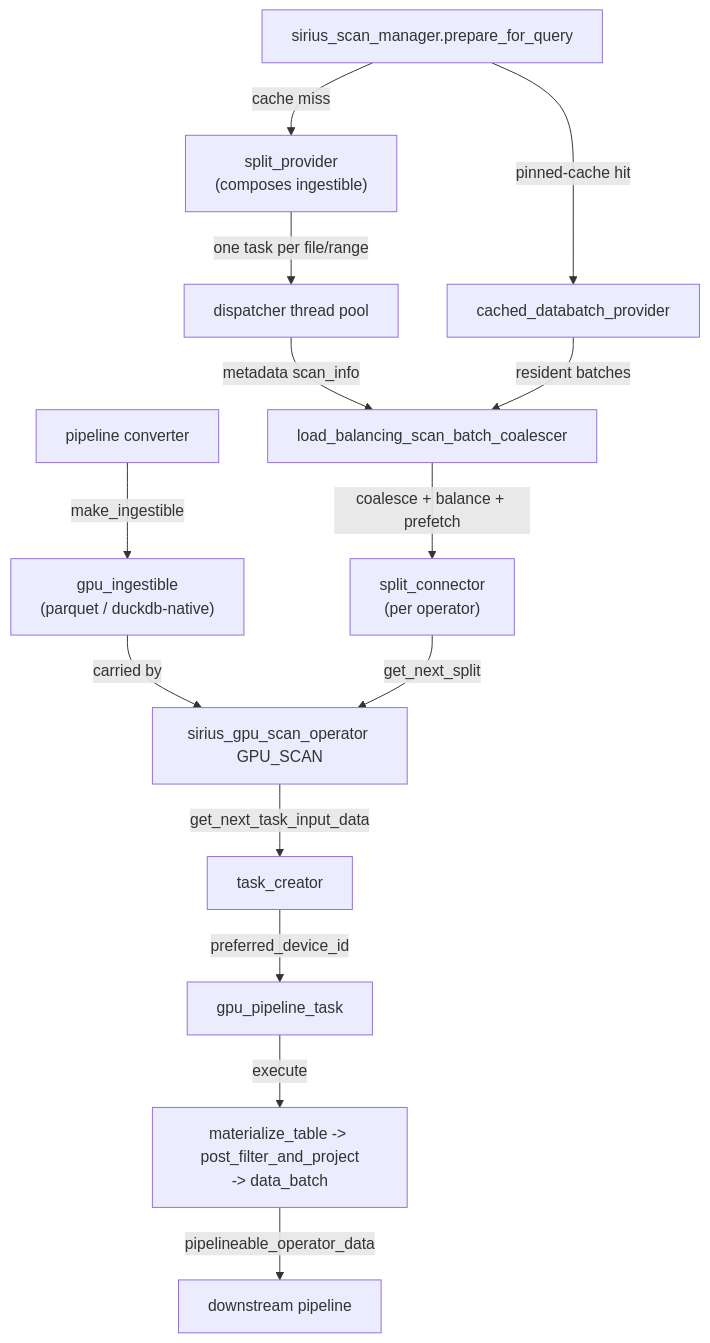
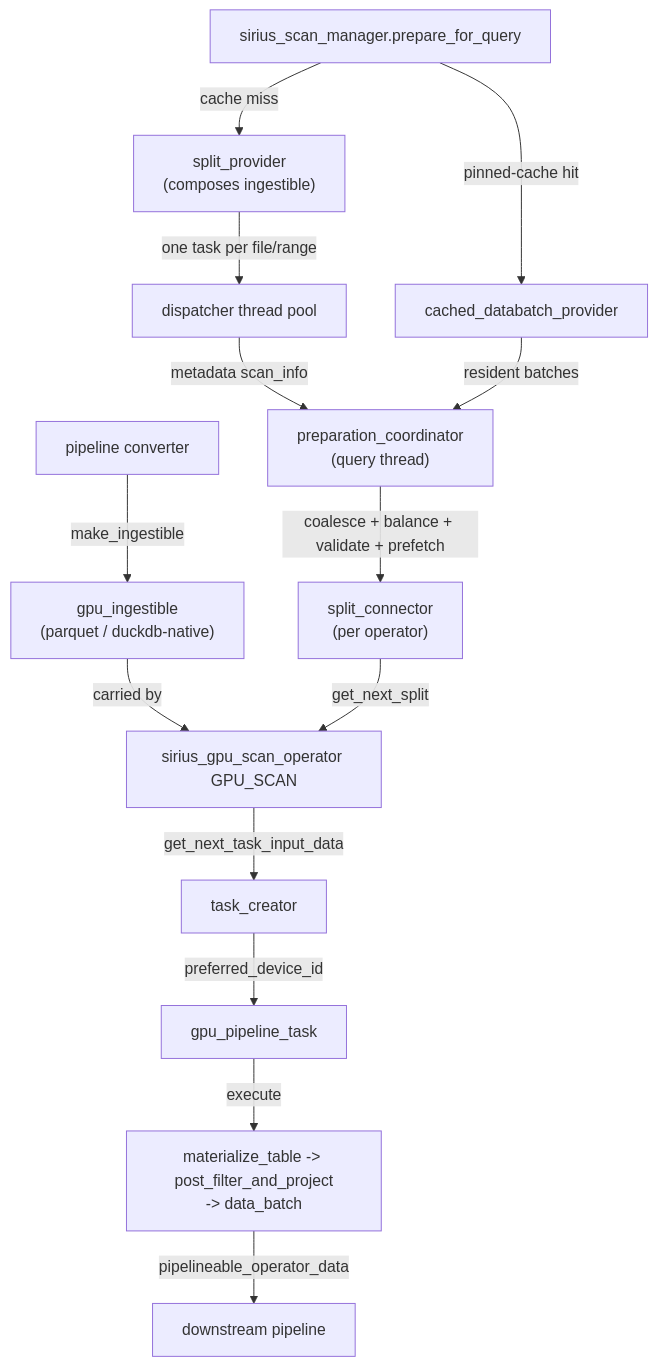
One commit to sirius-db/sirius changed the diagram in docs/super-sirius/scan.md. Above: the diagram before and after it, drawn with Mermaid. The commit also changed other lines of this file and 69 other files, not shown here.

First line of the commit message:
feat: shared scan framework, phase 3: background preparation that overlaps with execution (#2054)

````diff
--- a/docs/super-sirius/scan.md
+++ b/docs/super-sirius/scan.md
@@ -616,20 +619,20 @@
 ```mermaid
 graph TD
     CONV[pipeline converter] -->|make_ingestible| ING["gpu_ingestible<br/>(parquet / duckdb-native)"]
     ING -->|carried by| OP[sirius_gpu_scan_operator GPU_SCAN]
 
     SM[sirius_scan_manager.prepare_for_query] -->|cache miss| SP["split_provider<br/>(composes ingestible)"]
     SM -->|pinned-cache hit| DBP[cached_databatch_provider]
 
     SP -->|one task per file/range| DISP[dispatcher thread pool]
-    DISP -->|metadata scan_info| SEQ[load_balancing_scan_batch_coalescer]
+    DISP -->|metadata scan_info| SEQ["preparation_coordinator<br/>(query thread)"]
     DBP -->|resident batches| SEQ
 
-    SEQ -->|coalesce + balance + prefetch| SC["split_connector<br/>(per operator)"]
+    SEQ -->|coalesce + balance + validate + prefetch| SC["split_connector<br/>(per operator)"]
     SC -->|get_next_split| OP
 
     OP -->|get_next_task_input_data| TC[task_creator]
     TC -->|preferred_device_id| GPT[gpu_pipeline_task]
     GPT -->|execute| EX["materialize_table -> post_filter_and_project<br/>-> data_batch"]
     EX -->|pipelineable_operator_data| NEXT[downstream pipeline]
 ```
````
